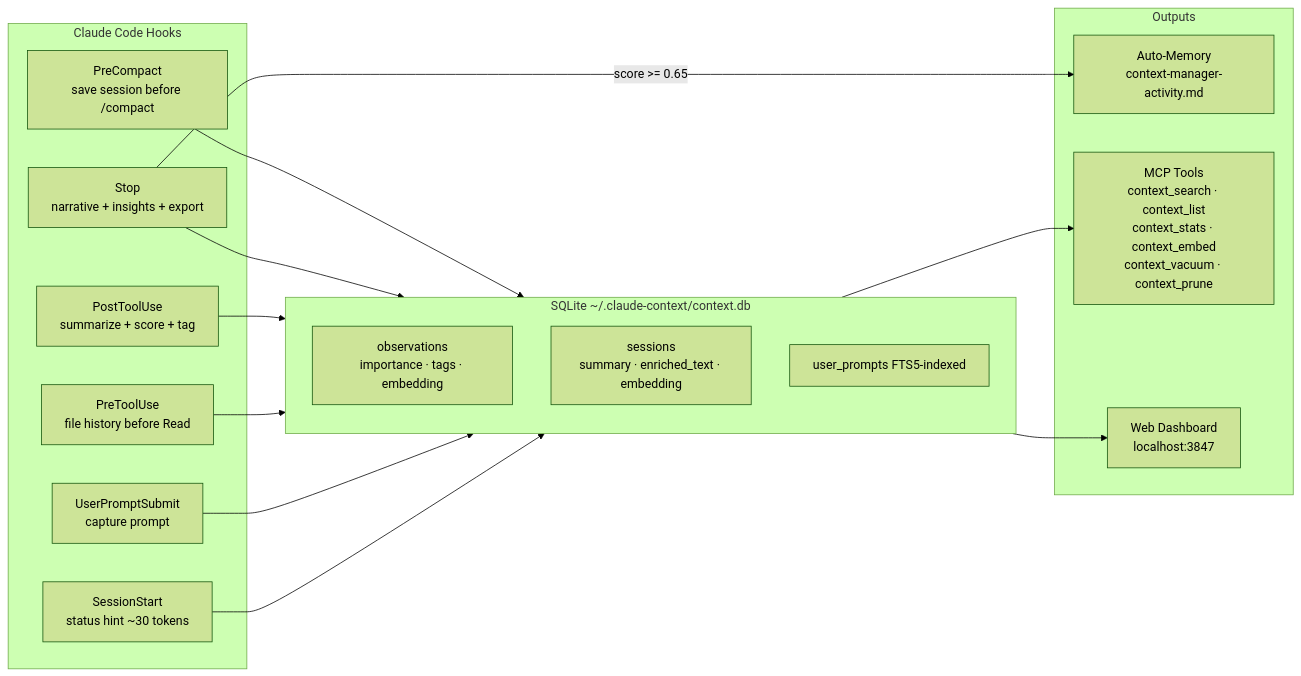
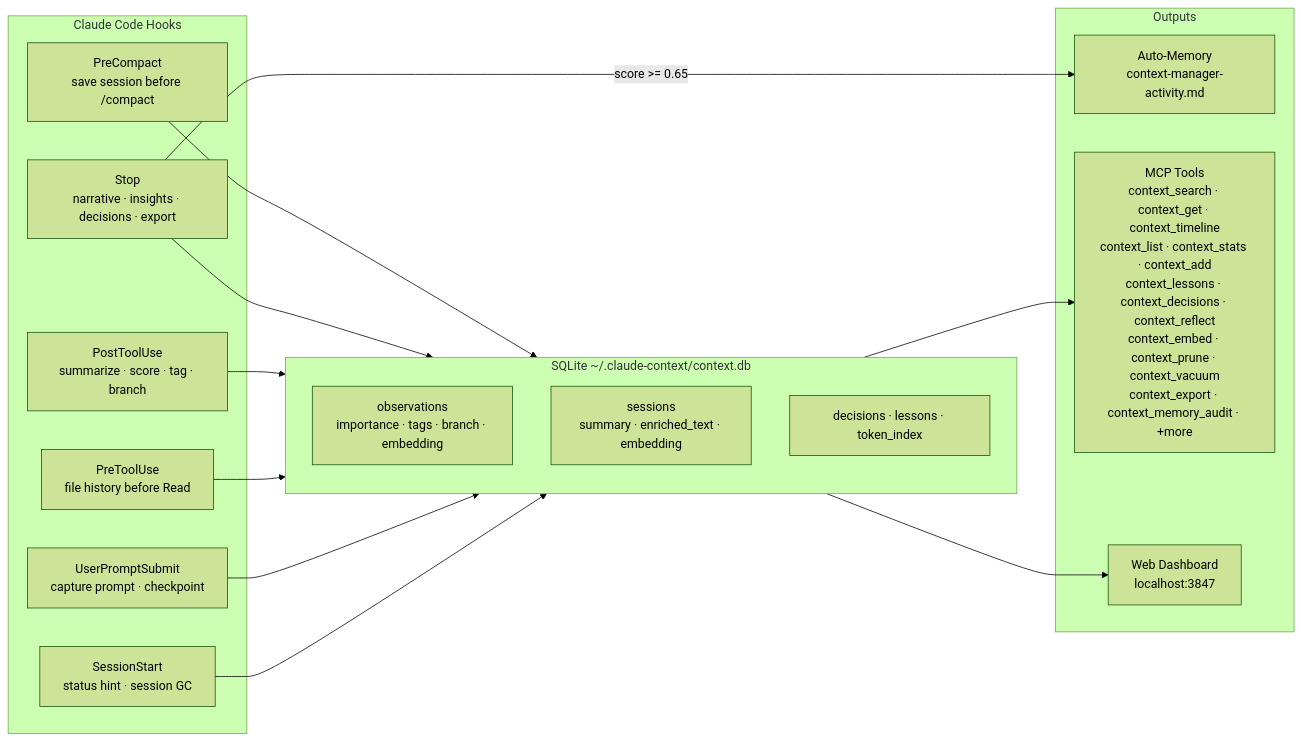
Before and after one commit to mrlesmithjr/claude-context-manager: the diagram in README.md, drawn with Mermaid (forest theme). The commit also changed other lines of this file and 3 other files, not shown here.

````diff
--- a/README.md
+++ b/README.md
@@ -300,28 +318,28 @@
 ```mermaid
 flowchart LR
     subgraph hooks["Claude Code Hooks"]
-        SI["SessionStart\nstatus hint ~30 tokens"]
-        UP["UserPromptSubmit\ncapture prompt"]
+        SI["SessionStart\nstatus hint · session GC"]
+        UP["UserPromptSubmit\ncapture prompt · checkpoint"]
         FC["PreToolUse\nfile history before Read"]
-        PT["PostToolUse\nsummarize + score + tag"]
-        SE["Stop\nnarrative + insights + export"]
+        PT["PostToolUse\nsummarize · score · tag · branch"]
+        SE["Stop\nnarrative · insights · decisions · export"]
         PC["PreCompact\nsave session before /compact"]
     end
 
     subgraph db["SQLite ~/.claude-context/context.db"]
-        OBS["observations\nimportance · tags · embedding"]
+        OBS["observations\nimportance · tags · branch · embedding"]
         SES["sessions\nsummary · enriched_text · embedding"]
-        UPT["user_prompts FTS5-indexed"]
+        DEC["decisions · lessons · token_index"]
     end
 
     subgraph out["Outputs"]
         MEM["Auto-Memory\ncontext-manager-activity.md"]
-        MCP["MCP Tools\ncontext_search · context_list\ncontext_stats · context_embed\ncontext_vacuum · context_prune"]
+        MCP["MCP Tools\ncontext_search · context_get · context_timeline\ncontext_list · context_stats · context_add\ncontext_lessons · context_decisions · context_reflect\ncontext_embed · context_prune · context_vacuum\ncontext_export · context_memory_audit · +more"]
         WEB["Web Dashboard\nlocalhost:3847"]
     end
 
     SI & UP & FC & PT & SE & PC --> db
     SE -->|"score >= 0.65"| MEM
     db --> MCP
     db --> WEB
 ```
````
